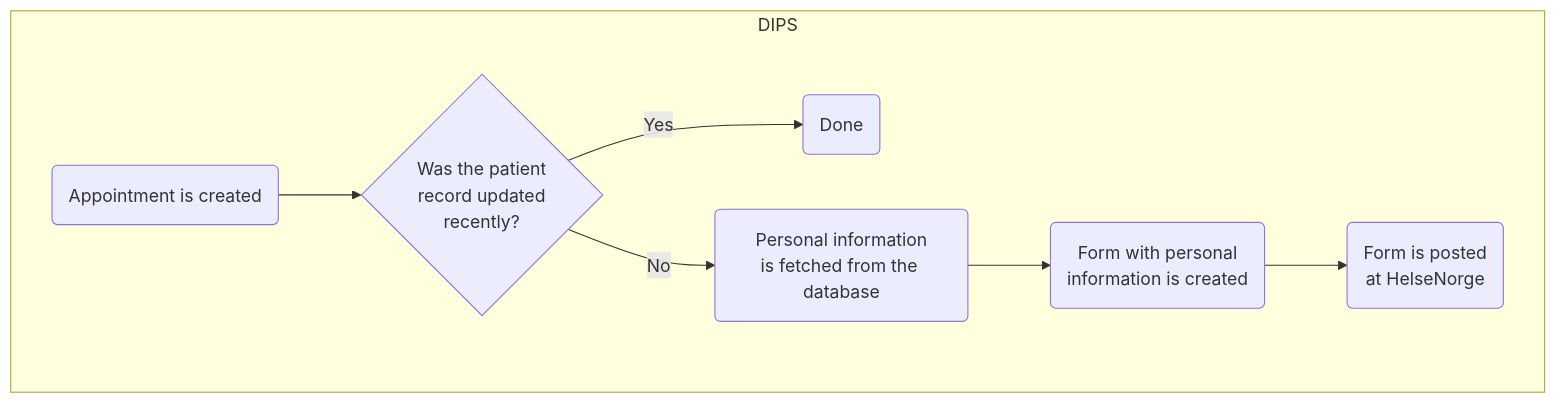
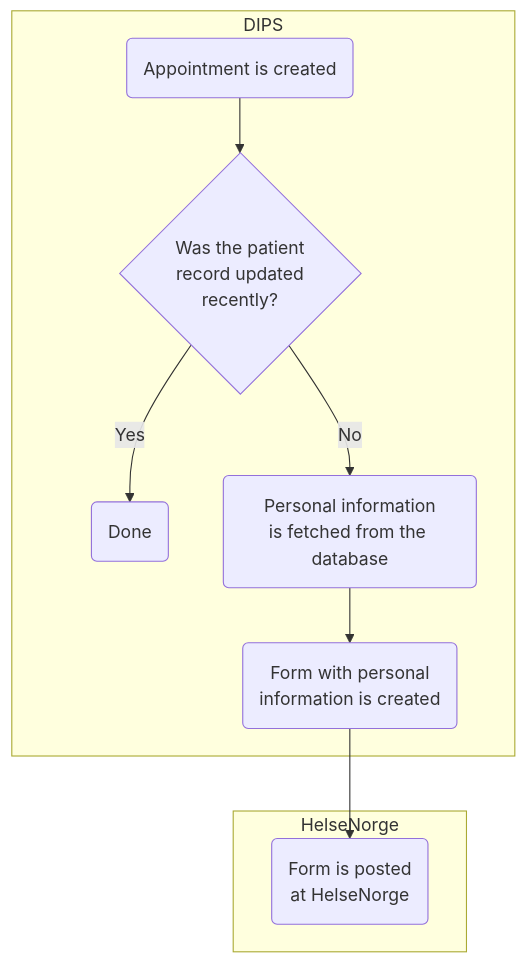
One commit to oleksii-nikolaienko/Eitri_OpenDIPS changed the diagram in Flow.md. Above: the diagram before and after it, drawn with Mermaid.

````diff
--- a/Flow.md
+++ b/Flow.md
@@ -1,12 +1,12 @@
 ```mermaid
   graph TB;
       subgraph DIPS
         create_appoint(Appointment is created)-->when_updated{Was the patient\nrecord updated\nrecently?};
         when_updated -- Yes --> done(Done);
         when_updated -- No --> fetch_info(Personal information\nis fetched from the database);
         fetch_info --> create_form(Form with personal\ninformation is created);
       end
-      subgraph DIPS
+      subgraph HelseNorge
         create_form --> post_form(Form is posted\nat HelseNorge)
       end
 ```
````
